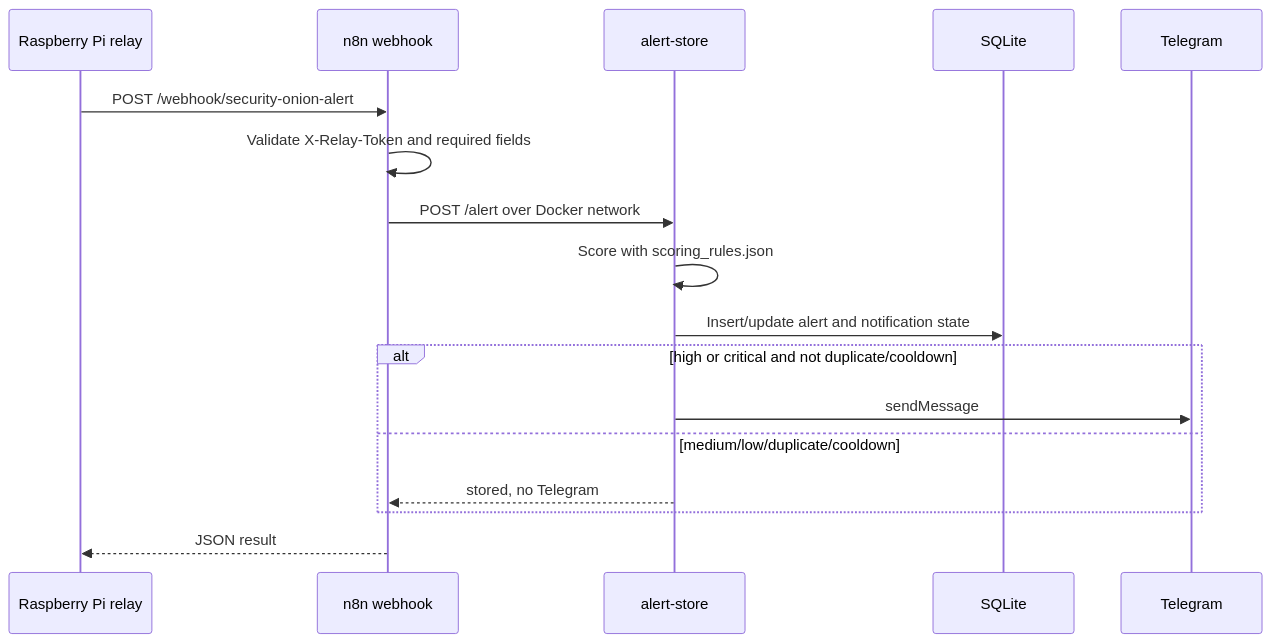
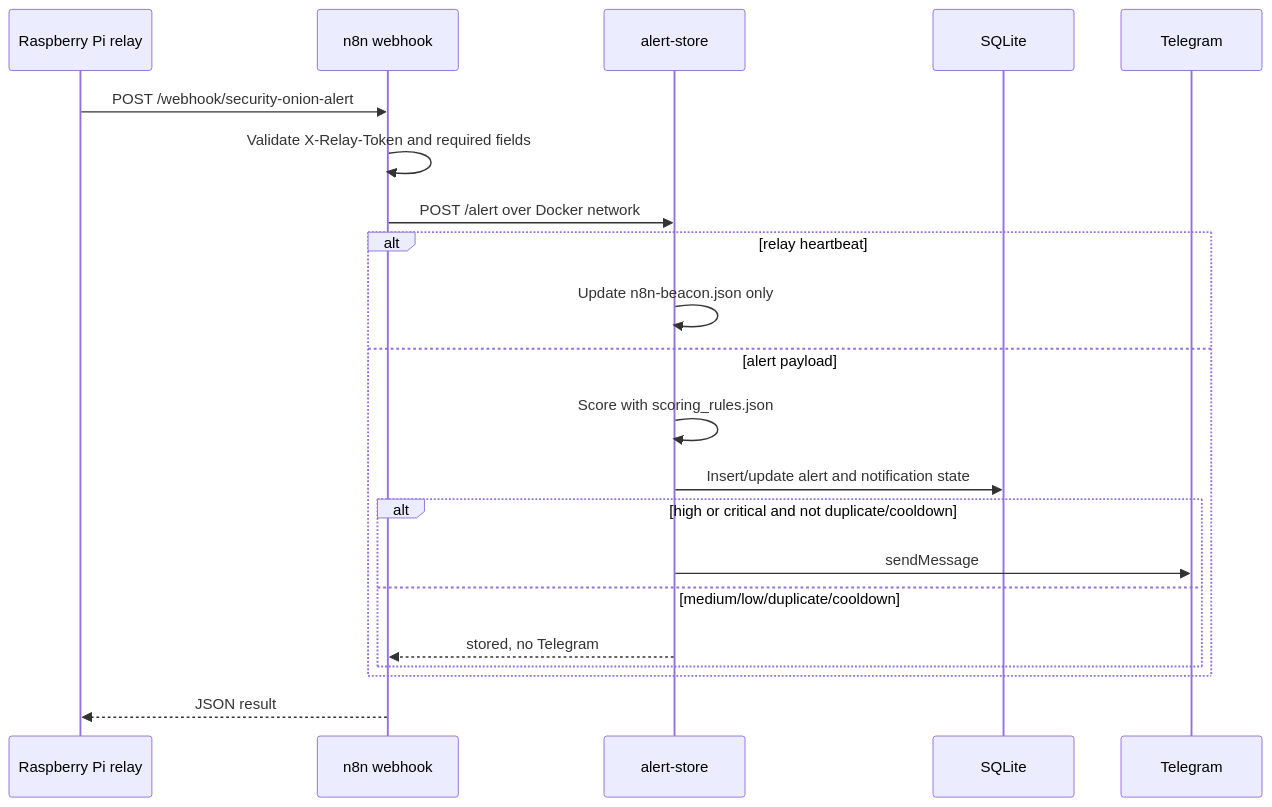
The fourth of 4 diagrams in docs/security-onion-relay-architecture.md (ArronJablonowski/OnionSentinel), drawn with Mermaid before and after one commit. The commit also changed other lines of this file and 12 other files, not shown here.

Commit message:
Add relay heartbeat and active alert state fixes

````diff
--- a/docs/security-onion-relay-architecture.md
+++ b/docs/security-onion-relay-architecture.md
@@ -689,20 +689,24 @@
 ```mermaid
 sequenceDiagram
   participant PI as Raspberry Pi relay
   participant N8N as n8n webhook
   participant STORE as alert-store
   participant DB as SQLite
   participant TG as Telegram
 
   PI->>N8N: POST /webhook/security-onion-alert
   N8N->>N8N: Validate X-Relay-Token and required fields
   N8N->>STORE: POST /alert over Docker network
-  STORE->>STORE: Score with scoring_rules.json
-  STORE->>DB: Insert/update alert and notification state
-  alt high or critical and not duplicate/cooldown
-    STORE->>TG: sendMessage
-  else medium/low/duplicate/cooldown
-    STORE-->>N8N: stored, no Telegram
+  alt relay heartbeat
+    STORE->>STORE: Update n8n-beacon.json only
+  else alert payload
+    STORE->>STORE: Score with scoring_rules.json
+    STORE->>DB: Insert/update alert and notification state
+    alt high or critical and not duplicate/cooldown
+      STORE->>TG: sendMessage
+    else medium/low/duplicate/cooldown
+      STORE-->>N8N: stored, no Telegram
+    end
   end
   N8N-->>PI: JSON result
 ```
````
